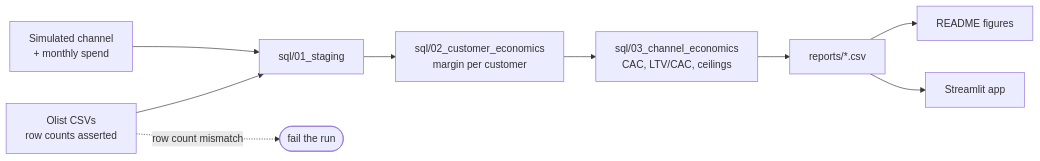
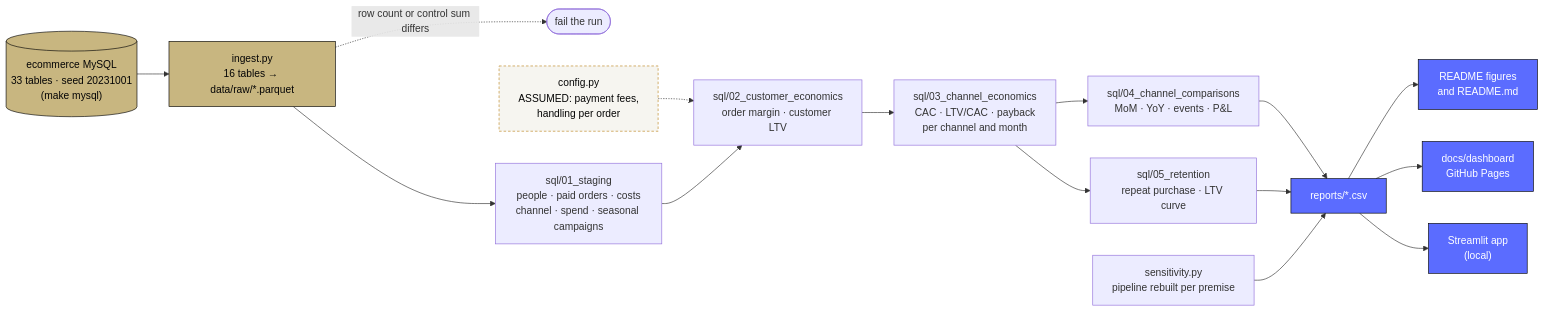
The first of 2 diagrams in README.md (arielabade/unit-economics-olist), drawn with Mermaid before and after one commit. The commit also changed other lines of this file and 3 other files, not shown here.

First line of the commit message:
docs: README rendered from reports, with corrected diagrams

````diff
--- a/README.md
+++ b/README.md
@@ -96,11 +112,23 @@
 ```mermaid
 flowchart LR
-  A["Olist CSVs<br/>row counts asserted"] --> B["sql/01_staging"]
-  S["Simulated channel<br/>+ monthly spend"] --> B
-  B --> C["sql/02_customer_economics<br/>margin per customer"]
-  C --> D["sql/03_channel_economics<br/>CAC, LTV/CAC, ceilings"]
-  D --> E["reports/*.csv"]
-  E --> F["README figures"]
-  E --> G["Streamlit app"]
-  A -. "row count mismatch" .-> X(["fail the run"])
+  E[("ecommerce MySQL<br/>33 tables · seed 20231001<br/>(make mysql)")] --> I["ingest.py<br/>16 tables → data/raw/*.parquet"]
+  I -. "row count or control sum differs" .-> X(["fail the run"])
+  I --> S1["sql/01_staging<br/>people · paid orders · costs<br/>channel · spend · seasonal campaigns"]
+  A["config.py<br/>ASSUMED: payment fees,<br/>handling per order"] -.-> S2
+  S1 --> S2["sql/02_customer_economics<br/>order margin · customer LTV"]
+  S2 --> S3["sql/03_channel_economics<br/>CAC · LTV/CAC · payback<br/>per channel and month"]
+  S3 --> S4["sql/04_channel_comparisons<br/>MoM · YoY · events · P&L"]
+  S3 --> S5["sql/05_retention<br/>repeat purchase · LTV curve"]
+  S4 --> R["reports/*.csv"]
+  S5 --> R
+  SE["sensitivity.py<br/>pipeline rebuilt per premise"] --> R
+  R --> F["README figures<br/>and README.md"]
+  R --> D["docs/dashboard<br/>GitHub Pages"]
+  R --> ST["Streamlit app<br/>(local)"]
+  classDef data fill:#C8B680,stroke:#050505,color:#050505
+  classDef assumed fill:#F6F5F0,stroke:#BD8620,stroke-dasharray:4 3,color:#050505
+  classDef out fill:#5B6CFF,stroke:#050505,color:#FFFFFF
+  class E,I data
+  class A assumed
+  class R,F,D,ST out
 ```
````
